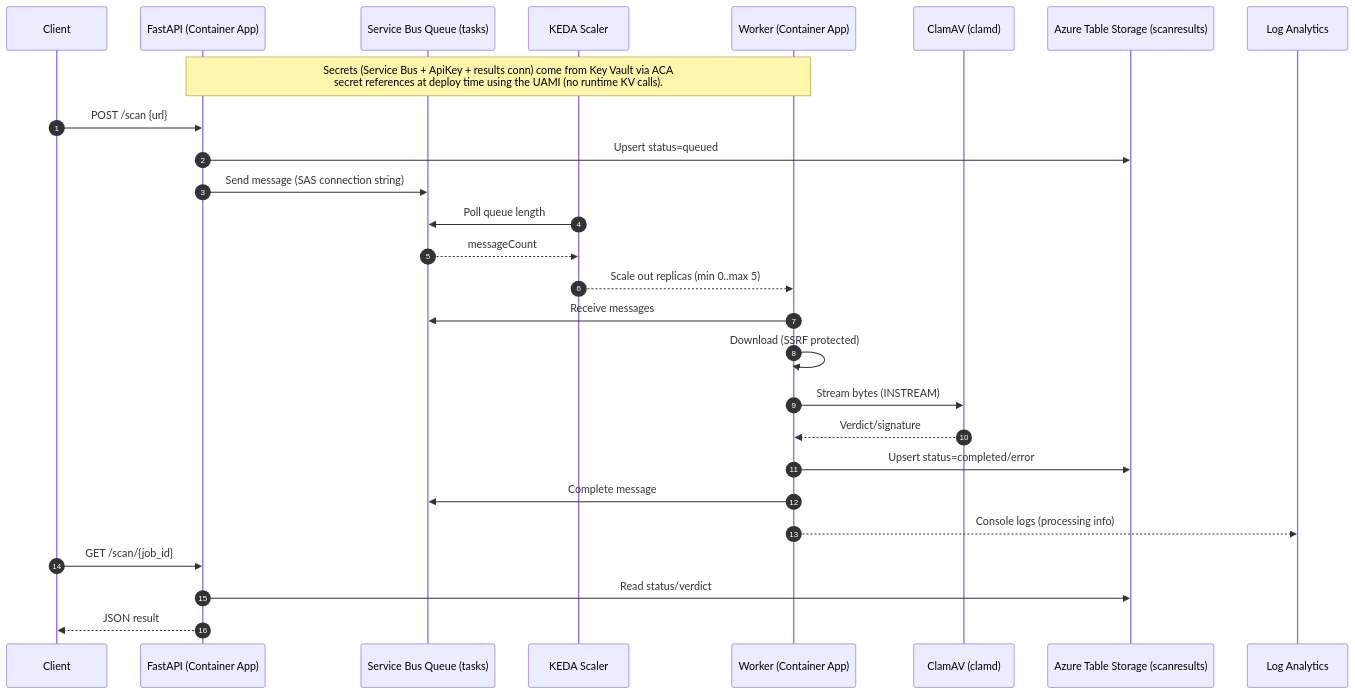
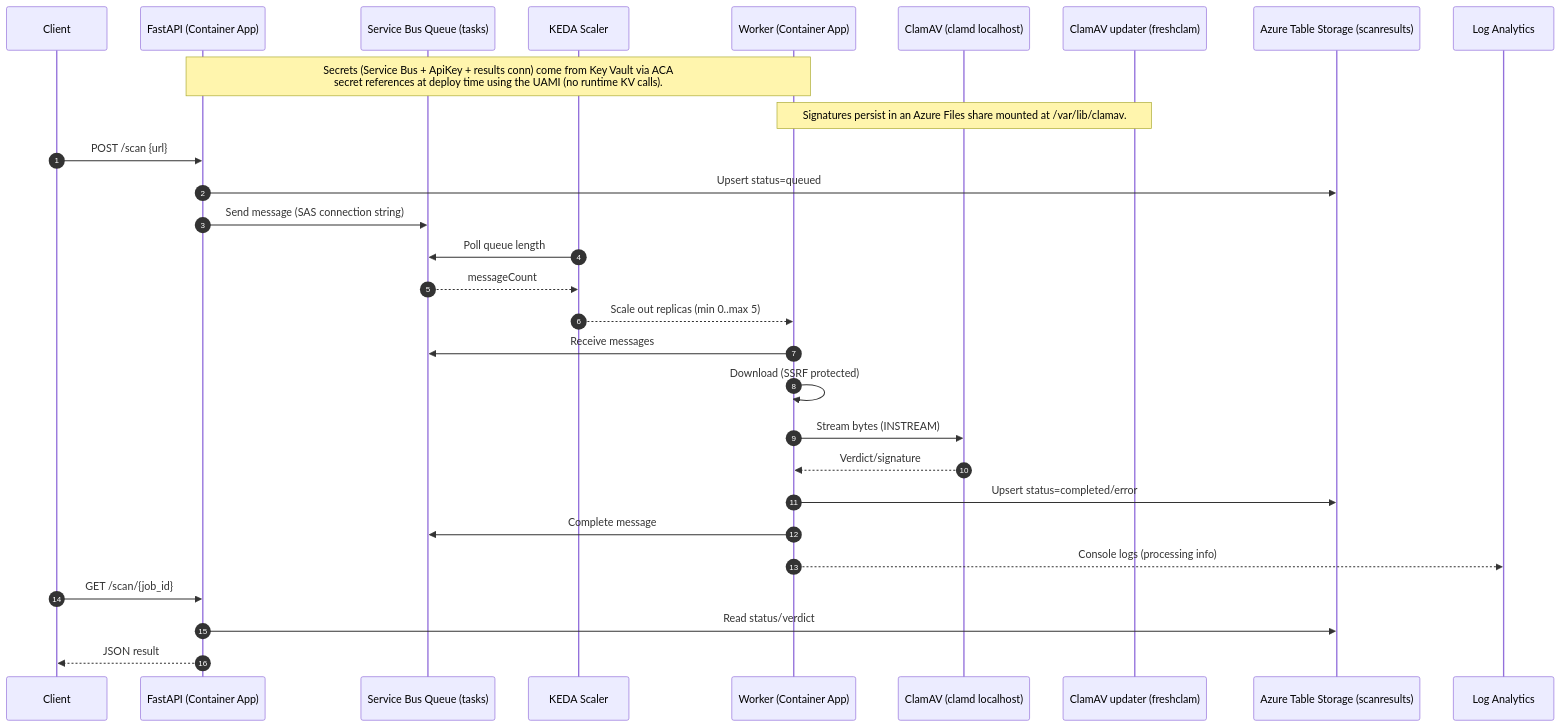
Before and after one commit to steve-sibi/azure-devsecops-aca: the diagram in readme.md, drawn with Mermaid. The commit also changed other lines of this file, not shown here.

Commit message:
Enhance README: update ClamAV architecture details, clarify local scanning and signature persistence, and refine deployment notes

````diff
--- a/readme.md
+++ b/readme.md
@@ -55,34 +67,36 @@
 ```mermaid
 sequenceDiagram
   autonumber
   participant C as Client
   participant API as FastAPI (Container App)
   participant SB as Service Bus Queue (tasks)
   participant KEDA as KEDA Scaler
   participant W as Worker (Container App)
-  participant AV as ClamAV (clamd)
+  participant AV as ClamAV (clamd localhost)
+  participant U as ClamAV updater (freshclam)
   participant T as Azure Table Storage (scanresults)
   participant LA as Log Analytics
 
   Note over API,W: Secrets (Service Bus + ApiKey + results conn) come from Key Vault via ACA<br/>secret references at deploy time using the UAMI (no runtime KV calls).
+  Note over U,W: Signatures persist in an Azure Files share mounted at /var/lib/clamav.
 
   C->>API: POST /scan {url}
   API->>T: Upsert status=queued
   API->>SB: Send message (SAS connection string)
 
   KEDA->>SB: Poll queue length
   SB-->>KEDA: messageCount
   KEDA-->>W: Scale out replicas (min 0..max 5)
 
   W->>SB: Receive messages
   W->>W: Download (SSRF protected)
   W->>AV: Stream bytes (INSTREAM)
   AV-->>W: Verdict/signature
   W->>T: Upsert status=completed/error
   W->>SB: Complete message
   W-->>LA: Console logs (processing info)
 
   C->>API: GET /scan/{job_id}
   API->>T: Read status/verdict
   API-->>C: JSON result
 ```
````
